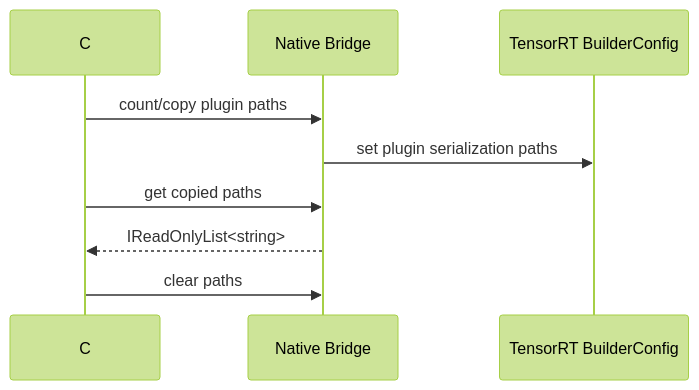
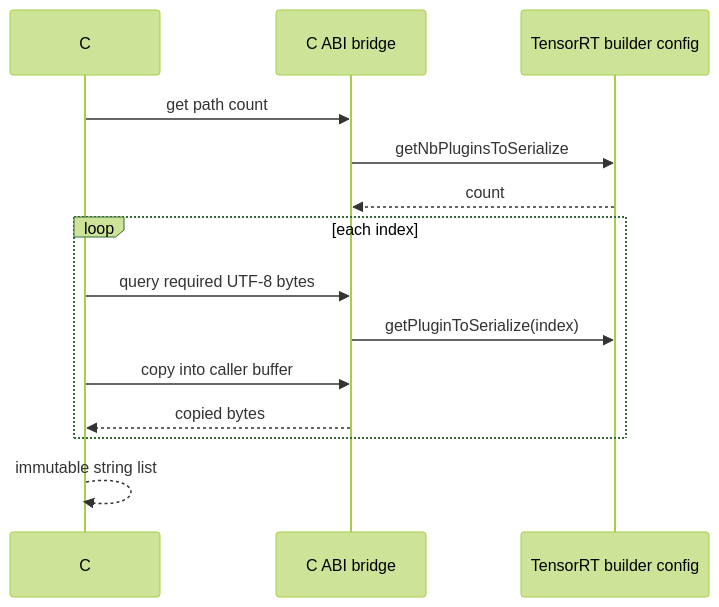
Before and after one commit to guojin-yan/TensorRT-CSharp-API: the second of 2 diagrams in docs/articles/zh-cn/plugin-serialization-paths.md, drawn with Mermaid (forest theme). The commit also changed other lines of this file and 20 other files, not shown here.

````diff
--- a/docs/articles/zh-cn/plugin-serialization-paths.md
+++ b/docs/articles/zh-cn/plugin-serialization-paths.md
@@ -16,11 +90,16 @@
 ```mermaid
 sequenceDiagram
-  participant C as C# BuilderConfig
-  participant N as Native Bridge
-  participant T as TensorRT BuilderConfig
-  C->>N: count/copy plugin paths
-  N->>T: set plugin serialization paths
-  C->>N: get copied paths
-  N-->>C: IReadOnlyList<string>
-  C->>N: clear paths
+    participant App as C# wrapper
+    participant Bridge as C ABI bridge
+    participant Config as TensorRT builder config
+    App->>Bridge: get path count
+    Bridge->>Config: getNbPluginsToSerialize
+    Config-->>Bridge: count
+    loop each index
+        App->>Bridge: query required UTF-8 bytes
+        Bridge->>Config: getPluginToSerialize(index)
+        App->>Bridge: copy into caller buffer
+        Bridge-->>App: copied bytes
+    end
+    App-->>App: immutable string list
 ```
````
